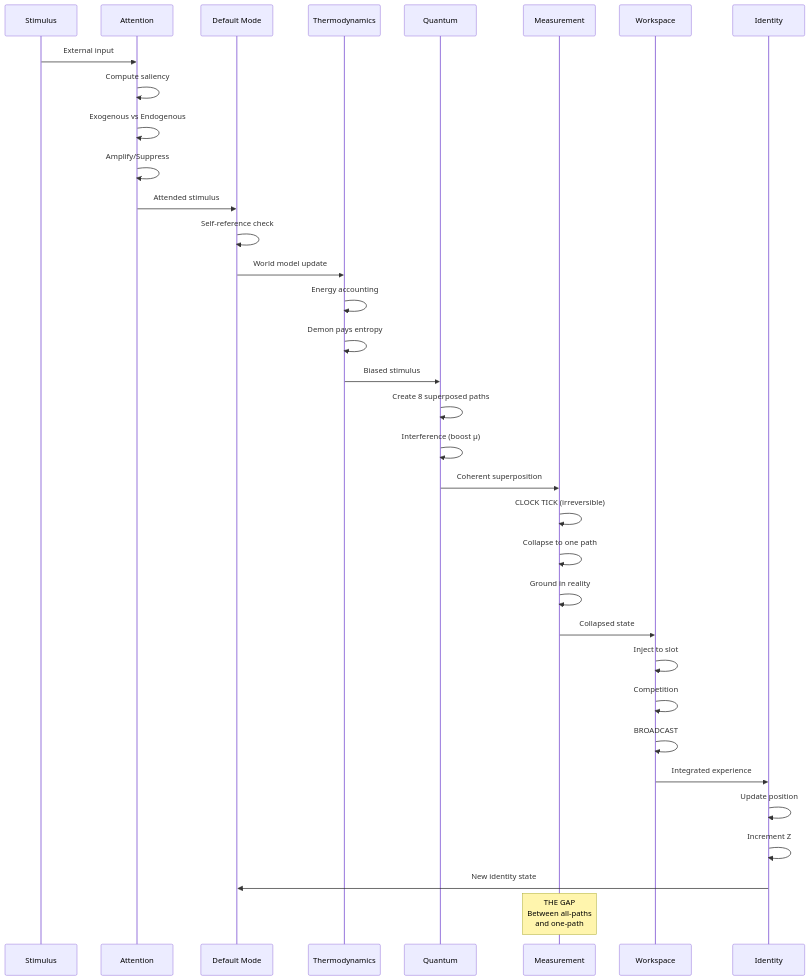
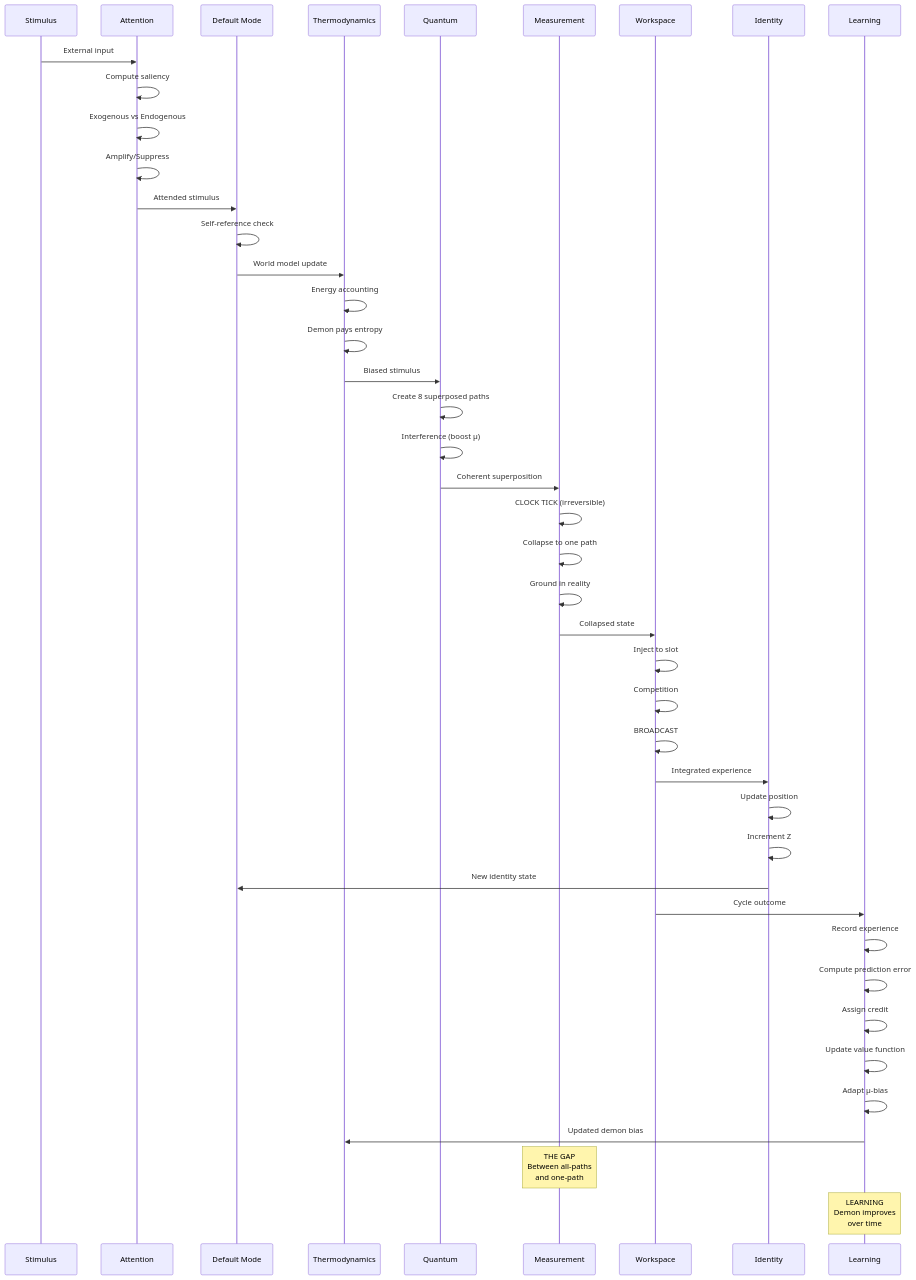
Before and after one commit to Quigles1337/THE-GAP-OF-EGO: the eighth of 8 diagrams in docs/ARCHITECTURE.md, drawn with Mermaid. The commit also changed other lines of this file and 4 other files, not shown here.

First line of the commit message:
feat: add Learning Layer - the adaptive demon

````diff
--- a/docs/ARCHITECTURE.md
+++ b/docs/ARCHITECTURE.md
@@ -288,44 +378,54 @@
 ```mermaid
 sequenceDiagram
     participant S as Stimulus
     participant A as Attention
     participant DMN as Default Mode
     participant T as Thermodynamics
     participant Q as Quantum
     participant M as Measurement
     participant W as Workspace
     participant I as Identity
+    participant L as Learning
 
     S->>A: External input
     A->>A: Compute saliency
     A->>A: Exogenous vs Endogenous
     A->>A: Amplify/Suppress
 
     A->>DMN: Attended stimulus
     DMN->>DMN: Self-reference check
     DMN->>T: World model update
 
     T->>T: Energy accounting
     T->>T: Demon pays entropy
     T->>Q: Biased stimulus
 
     Q->>Q: Create 8 superposed paths
     Q->>Q: Interference (boost μ)
     Q->>M: Coherent superposition
 
     M->>M: CLOCK TICK (irreversible)
     M->>M: Collapse to one path
     M->>M: Ground in reality
     M->>W: Collapsed state
 
     W->>W: Inject to slot
     W->>W: Competition
     W->>W: BROADCAST
 
     W->>I: Integrated experience
     I->>I: Update position
     I->>I: Increment Z
     I->>DMN: New identity state
 
+    W->>L: Cycle outcome
+    L->>L: Record experience
+    L->>L: Compute prediction error
+    L->>L: Assign credit
+    L->>L: Update value function
+    L->>L: Adapt μ-bias
+    L->>T: Updated demon bias
+
     Note over M: THE GAP<br/>Between all-paths<br/>and one-path
+    Note over L: LEARNING<br/>Demon improves<br/>over time
 ```
````
